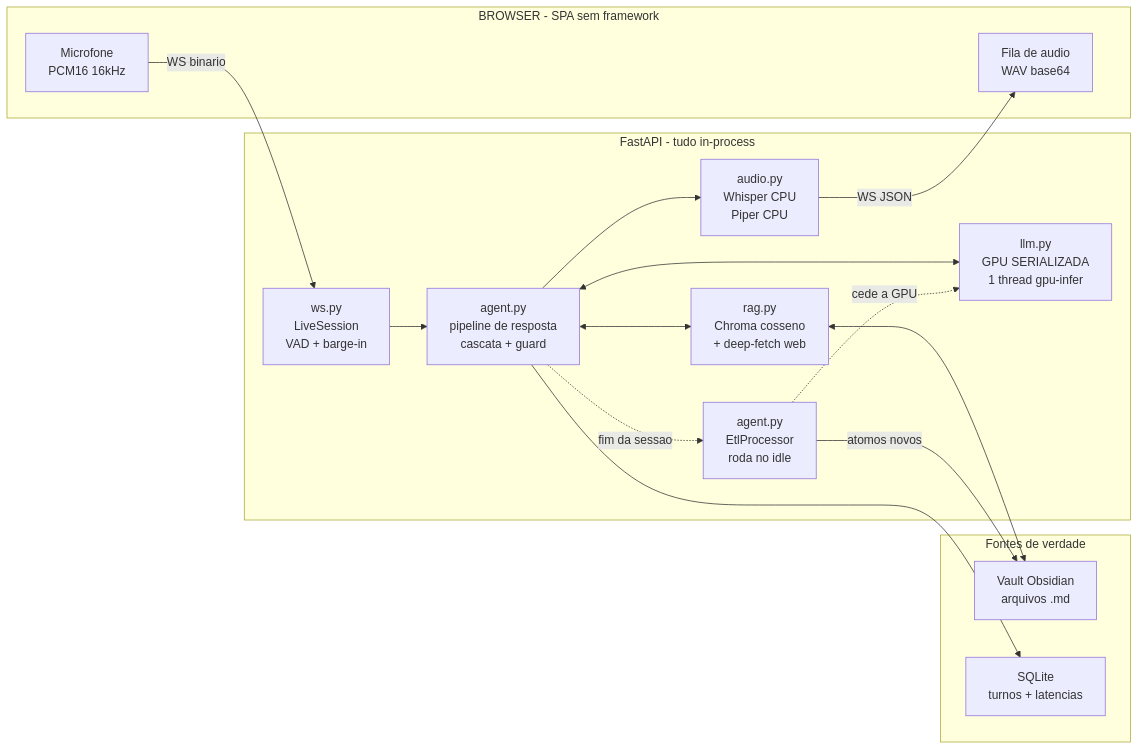
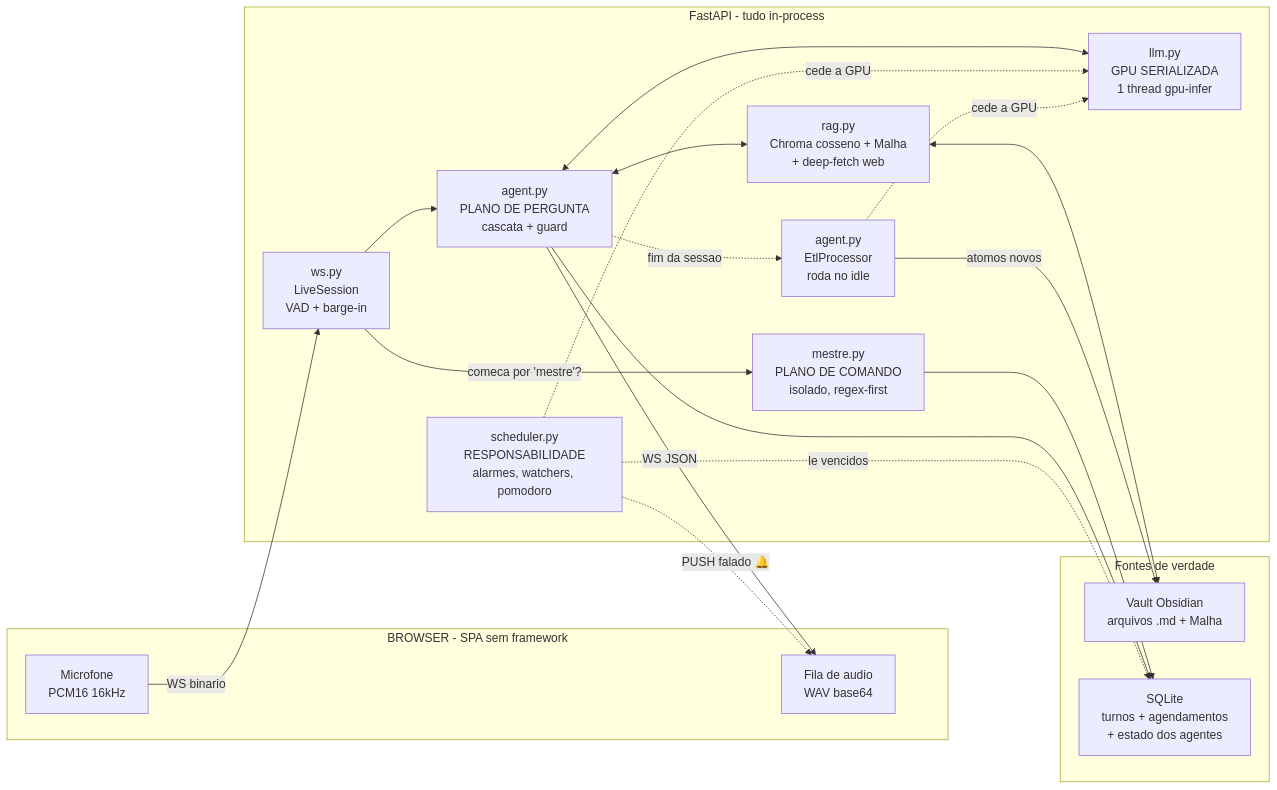
Before and after one commit to danielpvp22/mente_digital: the first of 8 diagrams in README.md, drawn with Mermaid. The commit also changed other lines of this file, not shown here.

````diff
--- a/README.md
+++ b/README.md
@@ -56,33 +134,38 @@
 ```mermaid
 flowchart LR
     subgraph CLIENTE["BROWSER - SPA sem framework"]
         MIC["Microfone<br/>PCM16 16kHz"]
         SPK["Fila de audio<br/>WAV base64"]
     end
 
     subgraph SERVIDOR["FastAPI - tudo in-process"]
         WS["ws.py<br/>LiveSession<br/>VAD + barge-in"]
-        AG["agent.py<br/>pipeline de resposta<br/>cascata + guard"]
+        MST["mestre.py<br/>PLANO DE COMANDO<br/>isolado, regex-first"]
+        AG["agent.py<br/>PLANO DE PERGUNTA<br/>cascata + guard"]
         LLM["llm.py<br/>GPU SERIALIZADA<br/>1 thread gpu-infer"]
-        AUD["audio.py<br/>Whisper CPU<br/>Piper CPU"]
-        RAG["rag.py<br/>Chroma cosseno<br/>+ deep-fetch web"]
+        RAG["rag.py<br/>Chroma cosseno + Malha<br/>+ deep-fetch web"]
+        SCH["scheduler.py<br/>RESPONSABILIDADE<br/>alarmes, watchers, pomodoro"]
         ETL["agent.py<br/>EtlProcessor<br/>roda no idle"]
     end
 
     subgraph DADOS["Fontes de verdade"]
-        VAULT["Vault Obsidian<br/>arquivos .md"]
-        SQL["SQLite<br/>turnos + latencias"]
+        VAULT["Vault Obsidian<br/>arquivos .md + Malha"]
+        SQL["SQLite<br/>turnos + agendamentos<br/>+ estado dos agentes"]
     end
 
     MIC -->|"WS binario"| WS
+    WS -->|"comeca por 'mestre'?"| MST
     WS --> AG
+    MST --> SQL
     AG <--> LLM
     AG <--> RAG
-    AG --> AUD
-    AUD -->|"WS JSON"| SPK
+    AG -->|"WS JSON"| SPK
     RAG <--> VAULT
     AG --> SQL
+    SCH -.->|"le vencidos"| SQL
+    SCH -.->|"PUSH falado 🔔"| SPK
+    SCH -.->|"cede a GPU"| LLM
     AG -.->|"fim da sessao"| ETL
     ETL -->|"atomos novos"| VAULT
     ETL -.->|"cede a GPU"| LLM
 ```
````
